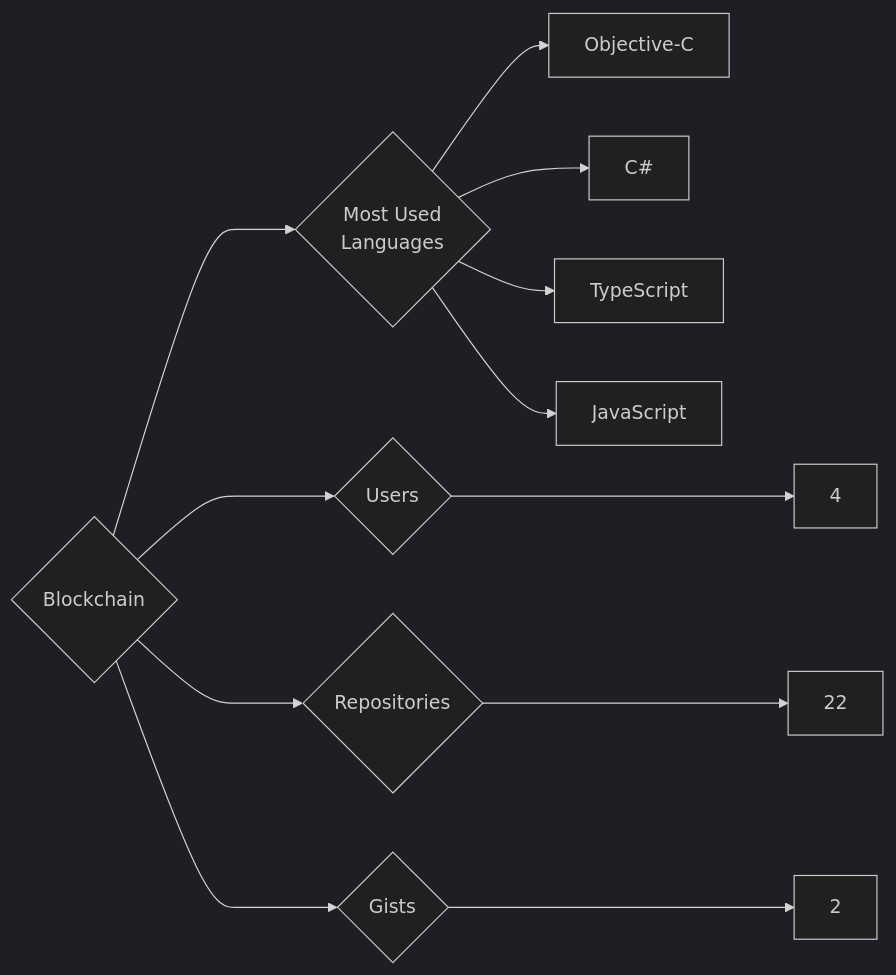
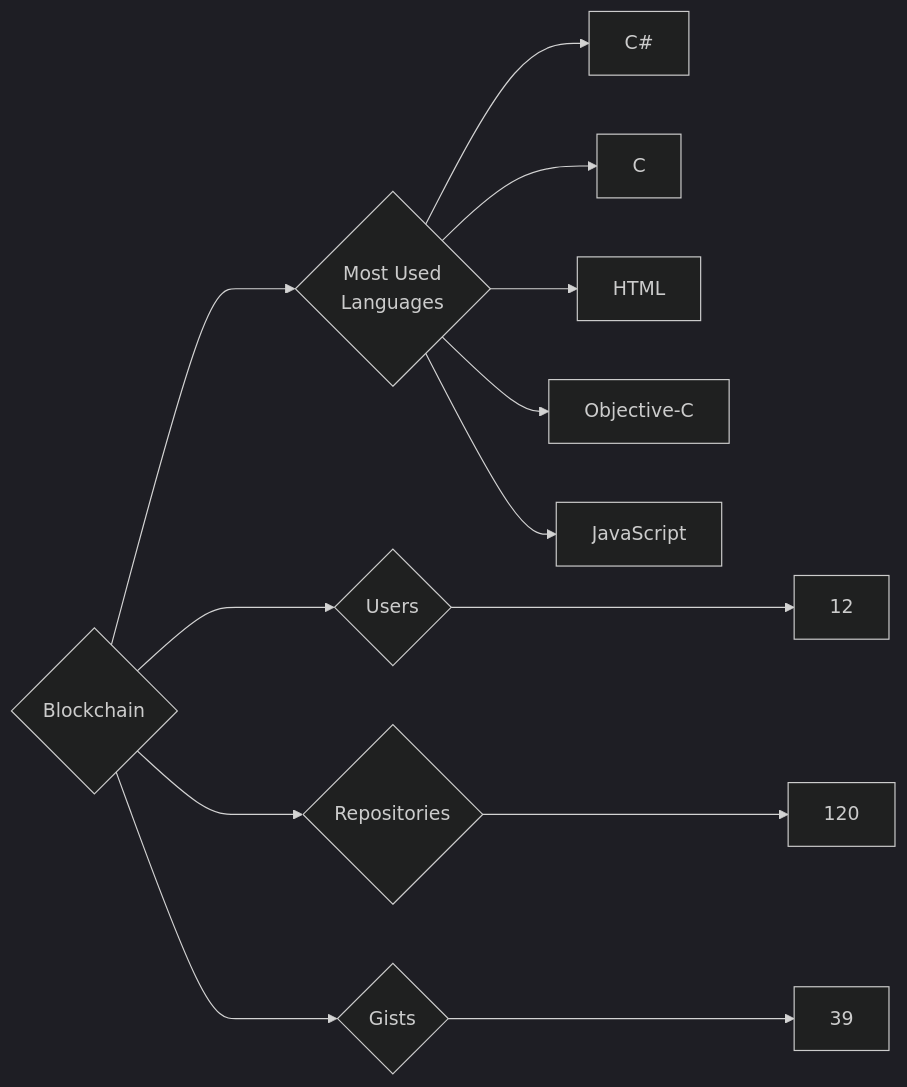
Before and after one commit to trickest/insiders: the diagram in targets/Blockchain/README.md, drawn with Mermaid (dark theme). The commit also changed 1175 other files, not shown here.

````diff
--- a/targets/Blockchain/README.md
+++ b/targets/Blockchain/README.md
@@ -3,12 +3,13 @@
 ```mermaid
 graph LR
 COMPANY_NAME{Blockchain}
-COMPANY_NAME ---> U{Users} ---> UN[4]
-COMPANY_NAME ---> R{Repositories} ---> RN[22]
-COMPANY_NAME ---> G{Gists} ---> GN[2]
+COMPANY_NAME ---> U{Users} ---> UN[12]
+COMPANY_NAME ---> R{Repositories} ---> RN[120]
+COMPANY_NAME ---> G{Gists} ---> GN[39]
 COMPANY_NAME ---> ML{Most Used<br>Languages}
+ML --> C#[C#]
+ML --> C[C]
+ML --> HTML[HTML]
 ML --> Objective-C[Objective-C]
-ML --> C#[C#]
-ML --> TypeScript[TypeScript]
 ML --> JavaScript[JavaScript]
 ```
````
